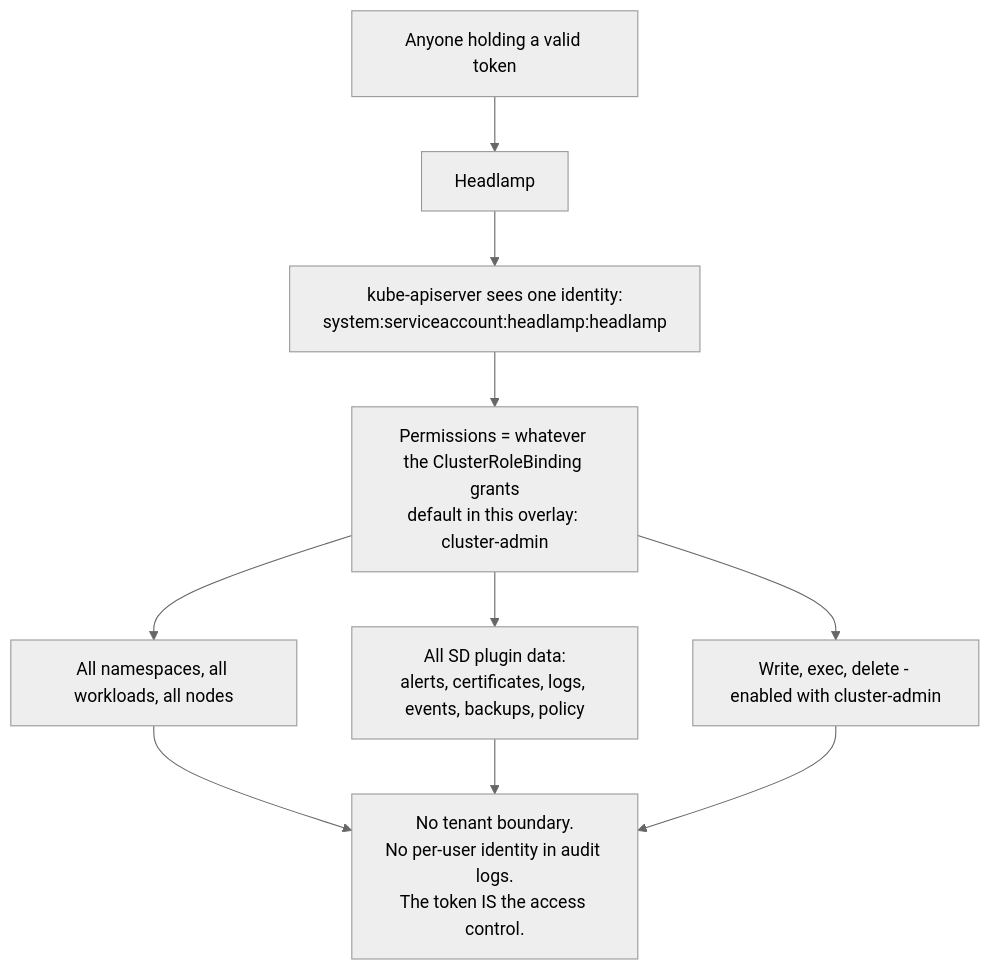
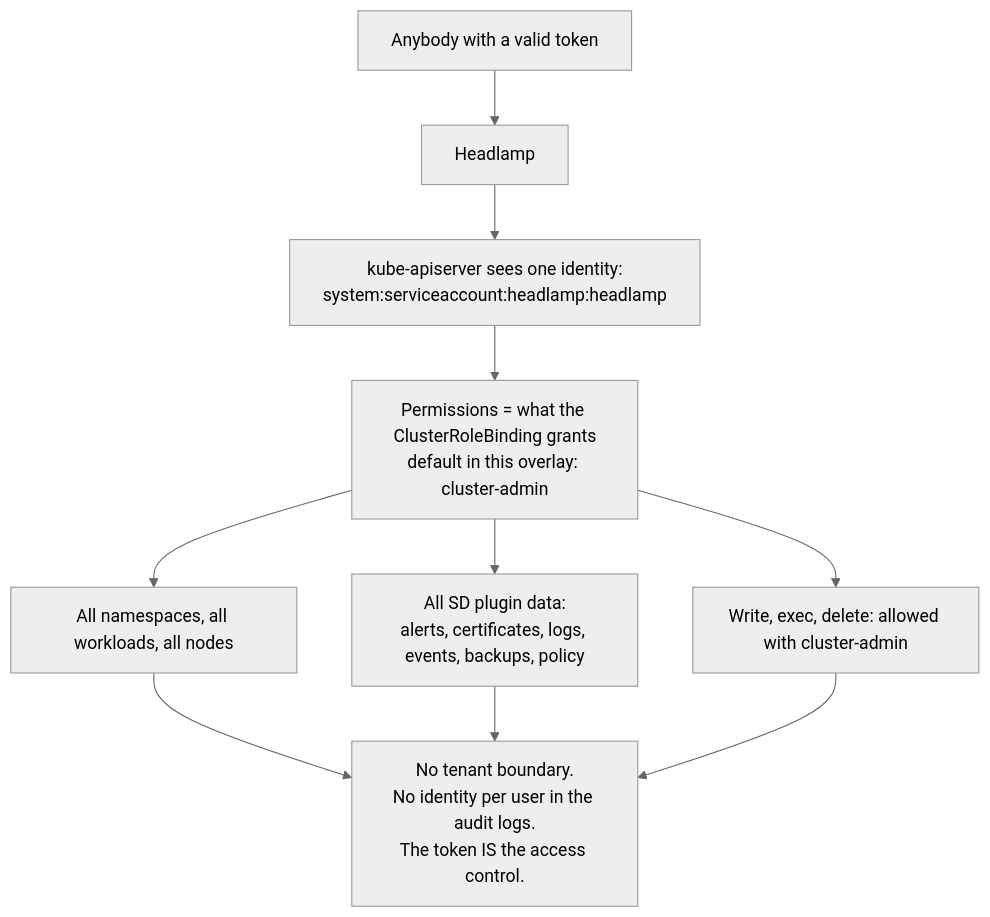
One commit to sighupio/module-utilities changed the second of 2 diagrams in examples/token-auth/README.md. Above: the diagram before and after it, drawn with Mermaid (neutral theme). The commit also changed other lines of this file and 26 other files, not shown here.

````diff
--- a/examples/token-auth/README.md
+++ b/examples/token-auth/README.md
@@ -72,13 +102,13 @@
 ```mermaid
 flowchart TD
-    T["Anyone holding a valid token"] --> H["Headlamp"]
+    T["Anybody with a valid token"] --> H["Headlamp"]
     H --> A["kube-apiserver sees one identity:<br/>system:serviceaccount:headlamp:headlamp"]
-    A --> P["Permissions = whatever the ClusterRoleBinding grants<br/>default in this overlay: cluster-admin"]
+    A --> P["Permissions = what the ClusterRoleBinding grants<br/>default in this overlay: cluster-admin"]
     P --> R1["All namespaces, all workloads, all nodes"]
     P --> R2["All SD plugin data:<br/>alerts, certificates, logs, events, backups, policy"]
-    P --> R3["Write, exec, delete - enabled with cluster-admin"]
+    P --> R3["Write, exec, delete: allowed with cluster-admin"]
     R1 --> X
     R2 --> X
     R3 --> X
-    X["No tenant boundary.<br/>No per-user identity in audit logs.<br/>The token IS the access control."]
+    X["No tenant boundary.<br/>No identity per user in the audit logs.<br/>The token IS the access control."]
 ```
````
